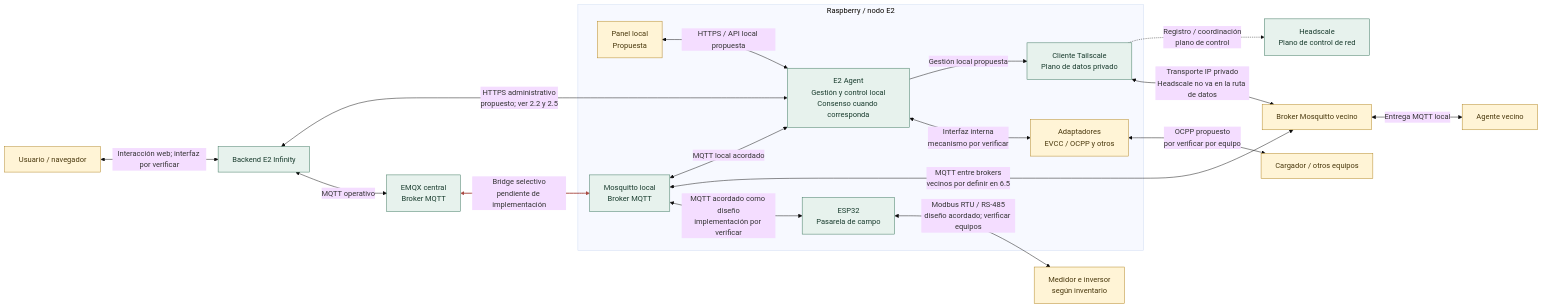
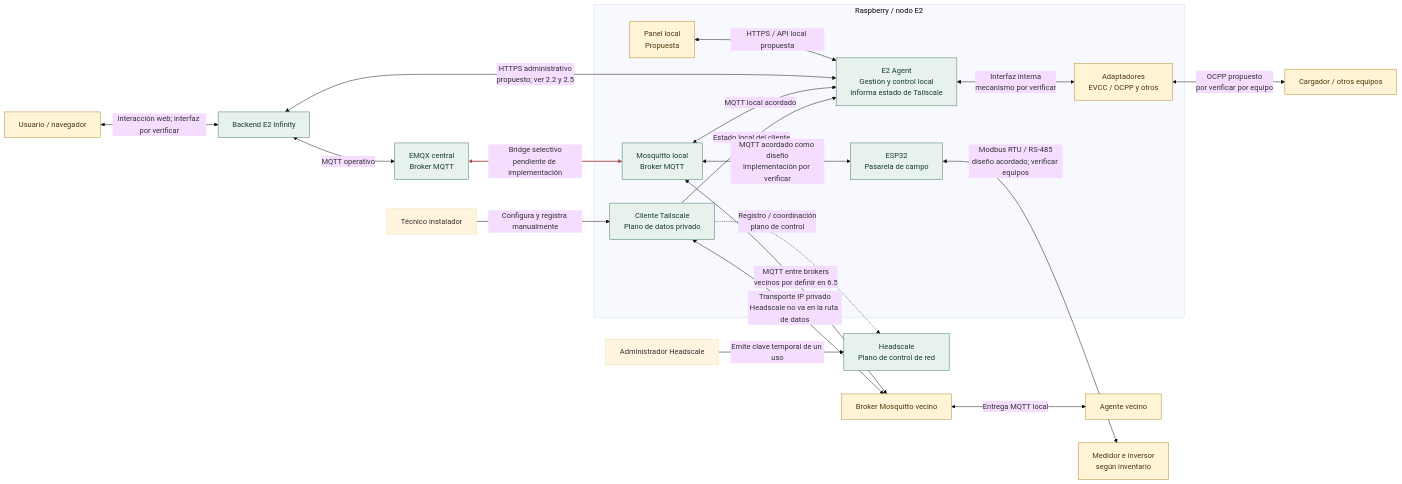
One commit to JavierV-code/MensajesE2infinity changed the diagram in docs/arquitectura/README.md. Above: the diagram before and after it, drawn with Mermaid (base theme). The commit also changed 5 other files, not shown here.

````diff
--- a/docs/arquitectura/README.md
+++ b/docs/arquitectura/README.md
@@ -17,46 +17,50 @@
 ```mermaid
 flowchart LR
     U[Usuario / navegador]
     CORE[Backend E2 Infinity]
     EMQX[EMQX central\nBroker MQTT]
     HS[Headscale\nPlano de control de red]
+    HADMIN[Administrador Headscale]
+    TECH[Técnico instalador]
 
     subgraph NODE[Raspberry / nodo E2]
         PANEL[Panel local\nPropuesta]
-        AGENT[E2 Agent\nGestión y control local\nConsenso cuando corresponda]
+        AGENT[E2 Agent\nGestión y control local\nInforma estado de Tailscale]
         MOSQ[Mosquitto local\nBroker MQTT]
         TS[Cliente Tailscale\nPlano de datos privado]
         ADP[Adaptadores\nEVCC / OCPP y otros]
         ESP[ESP32\nPasarela de campo]
     end
 
     NB[Broker Mosquitto vecino]
     NEIGHBOR[Agente vecino]
     EQUIP[Cargador / otros equipos]
     FIELD[Medidor e inversor\nsegún inventario]
 
     U <-->|Interacción web; interfaz por verificar| CORE
     PANEL <-->|HTTPS / API local propuesta| AGENT
     CORE <-->|HTTPS administrativo\npropuesto; ver 2.2 y 2.5| AGENT
     CORE <-->|MQTT operativo| EMQX
     EMQX <-->|Bridge selectivo\npendiente de implementación| MOSQ
     MOSQ <-->|MQTT local acordado| AGENT
     MOSQ <-->|MQTT entre brokers\nvecinos por definir en 6.5| NB
     NB <-->|Entrega MQTT local| NEIGHBOR
-    AGENT -->|Gestión local propuesta| TS
+    HADMIN -->|Emite clave temporal de un uso| HS
+    TECH -->|Configura y registra manualmente| TS
+    TS -->|Estado local del cliente| AGENT
     TS -.->|Registro / coordinación\nplano de control| HS
     TS <-->|Transporte IP privado\nHeadscale no va en la ruta de datos| NB
     AGENT <-->|Interfaz interna\nmecanismo por verificar| ADP
     ADP <-->|OCPP propuesto\npor verificar por equipo| EQUIP
     MOSQ <-->|MQTT acordado como diseño\nimplementación por verificar| ESP
     ESP <-->|Modbus RTU / RS-485\ndiseño acordado; verificar equipos| FIELD
 
     linkStyle 4 stroke:#a94c45,stroke-width:2px
 
     classDef agreed fill:#e7f2ed,stroke:#39745b,color:#183b2d;
     classDef proposed fill:#fff4d6,stroke:#b18422,color:#49380d;
     classDef pending fill:#f9e6e4,stroke:#a94c45,color:#542521;
     class CORE,EMQX,AGENT,MOSQ,TS,HS,ESP agreed;
     class PANEL,ADP proposed;
     class U,NB,NEIGHBOR,EQUIP,FIELD proposed;
 ```
````
